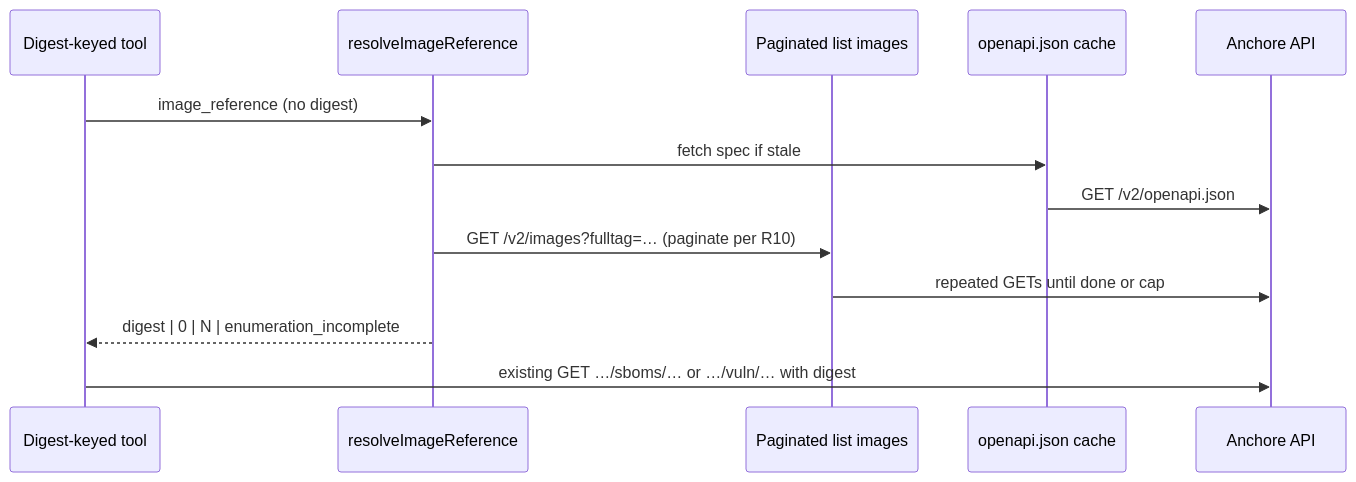
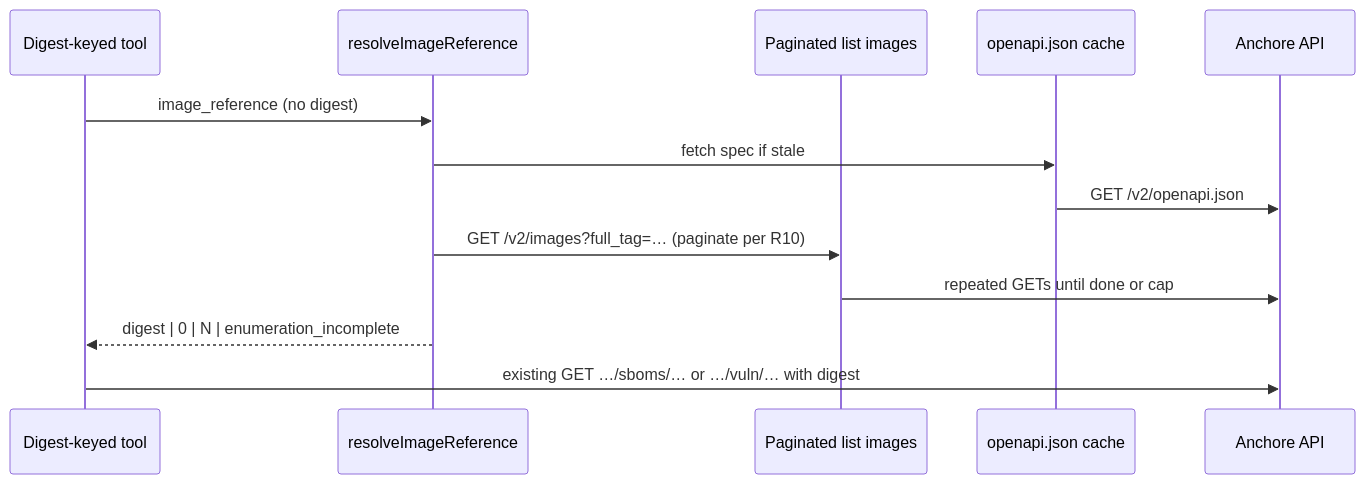
One commit to mechaHarry/anchore-mcp changed the diagram in docs/plans/2026-04-03-001-feat-image-reference-digest-resolution-plan.md. Above: the diagram before and after it, drawn with Mermaid. The commit also changed other lines of this file and 10 other files, not shown here.

````diff
--- a/docs/plans/2026-04-03-001-feat-image-reference-digest-resolution-plan.md
+++ b/docs/plans/2026-04-03-001-feat-image-reference-digest-resolution-plan.md
@@ -89,16 +89,16 @@
 ```mermaid
 sequenceDiagram
   participant Tool as Digest-keyed tool
   participant Res as resolveImageReference
   participant List as Paginated list images
   participant OpenAPI as openapi.json cache
   participant AE as Anchore API
 
   Tool->>Res: image_reference (no digest)
   Res->>OpenAPI: fetch spec if stale
   OpenAPI->>AE: GET /v2/openapi.json
-  Res->>List: GET /v2/images?fulltag=… (paginate per R10)
+  Res->>List: GET /v2/images?full_tag=… (paginate per R10)
   List->>AE: repeated GETs until done or cap
   Res-->>Tool: digest | 0 | N | enumeration_incomplete
   Tool->>AE: existing GET …/sboms/… or …/vuln/… with digest
 ```
````
